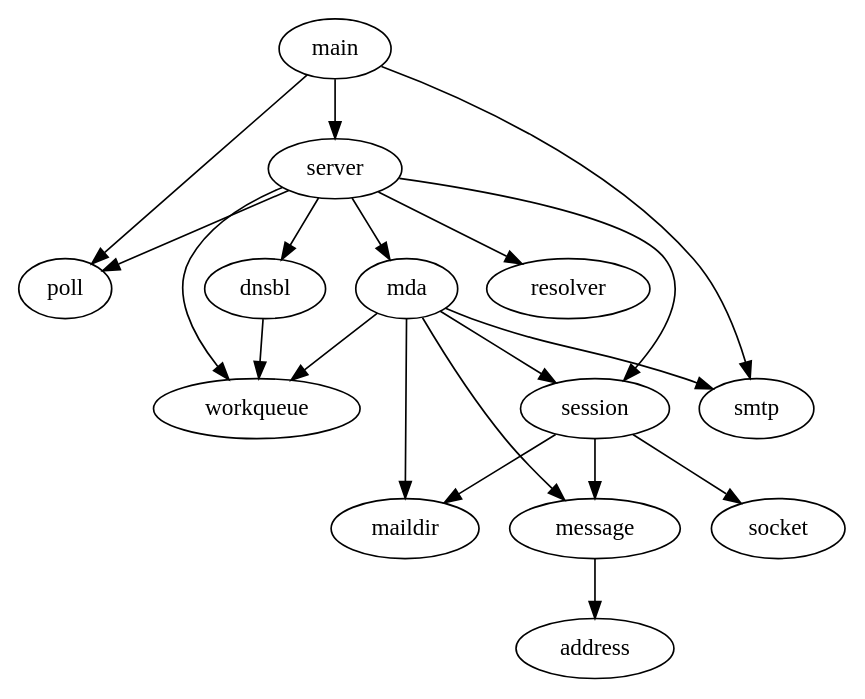
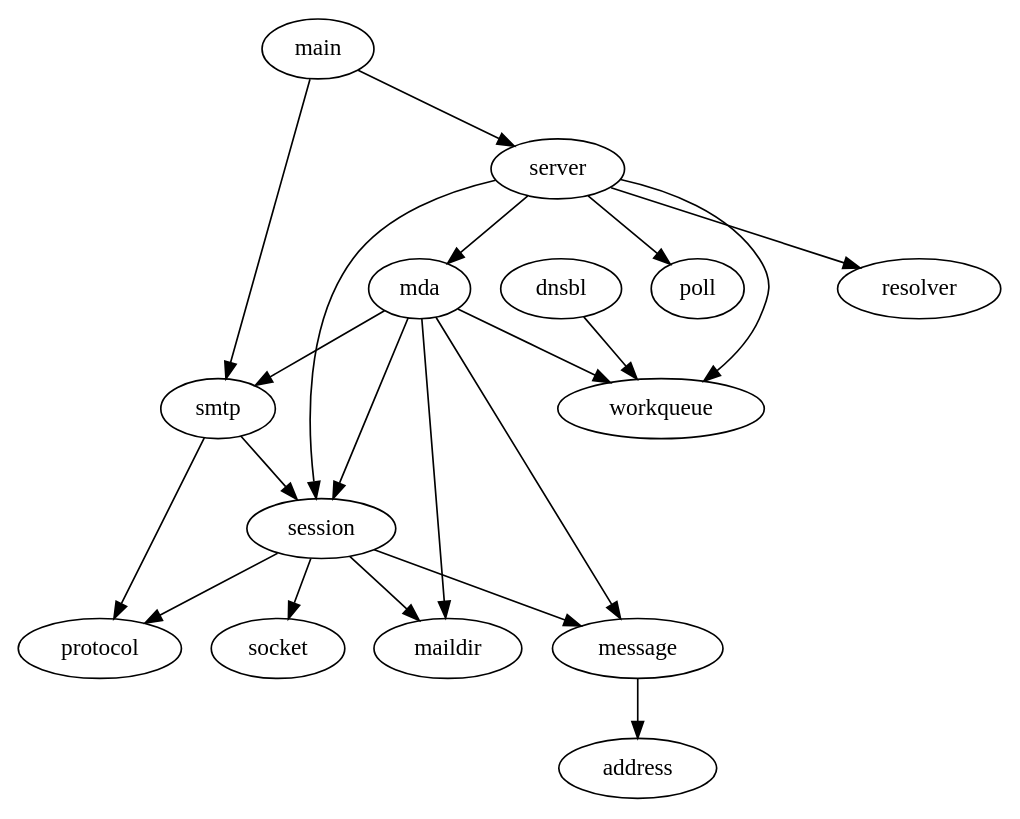
One commit to mheily/recvmail changed the diagram in doc/src.dot. Above: the diagram before and after it, drawn with Graphviz. The commit also changed 2 other files, not shown here.

Commit message:
add hier diagram

```diff
--- a/doc/src.dot
+++ b/doc/src.dot
@@ -1,31 +1,32 @@
 Digraph G {
 
-main -> poll
 main -> server
 main -> smtp
 
 server -> session
 server -> mda
 server -> poll
 server -> resolver
-server -> dnsbl
 server -> workqueue
 
 session -> socket
 session -> message
 session -> maildir
+session -> protocol
 
 mda -> session
 mda -> maildir
 mda -> message
 mda -> smtp
 mda -> workqueue
 
 message -> address
 
 //HIDE: workqueue -> session
 
 dnsbl -> workqueue
 
+smtp -> session
+smtp -> protocol
 
 }
```
